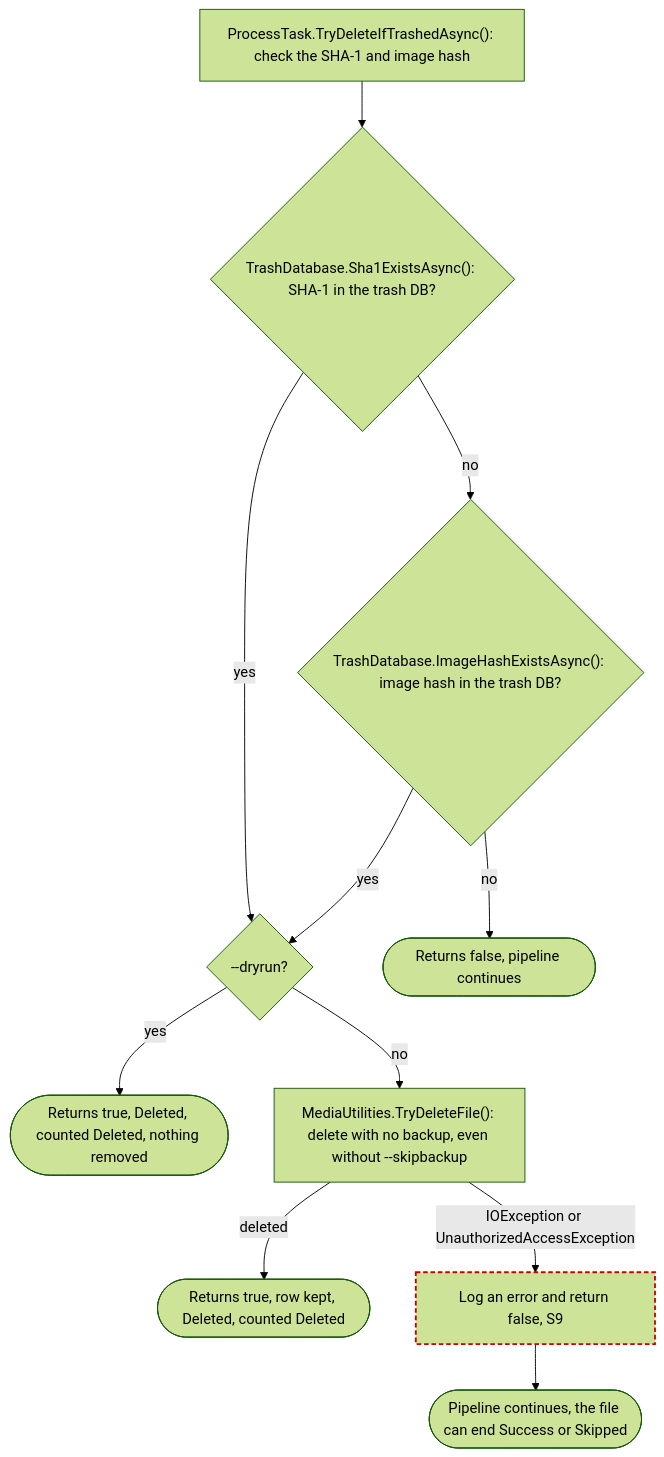
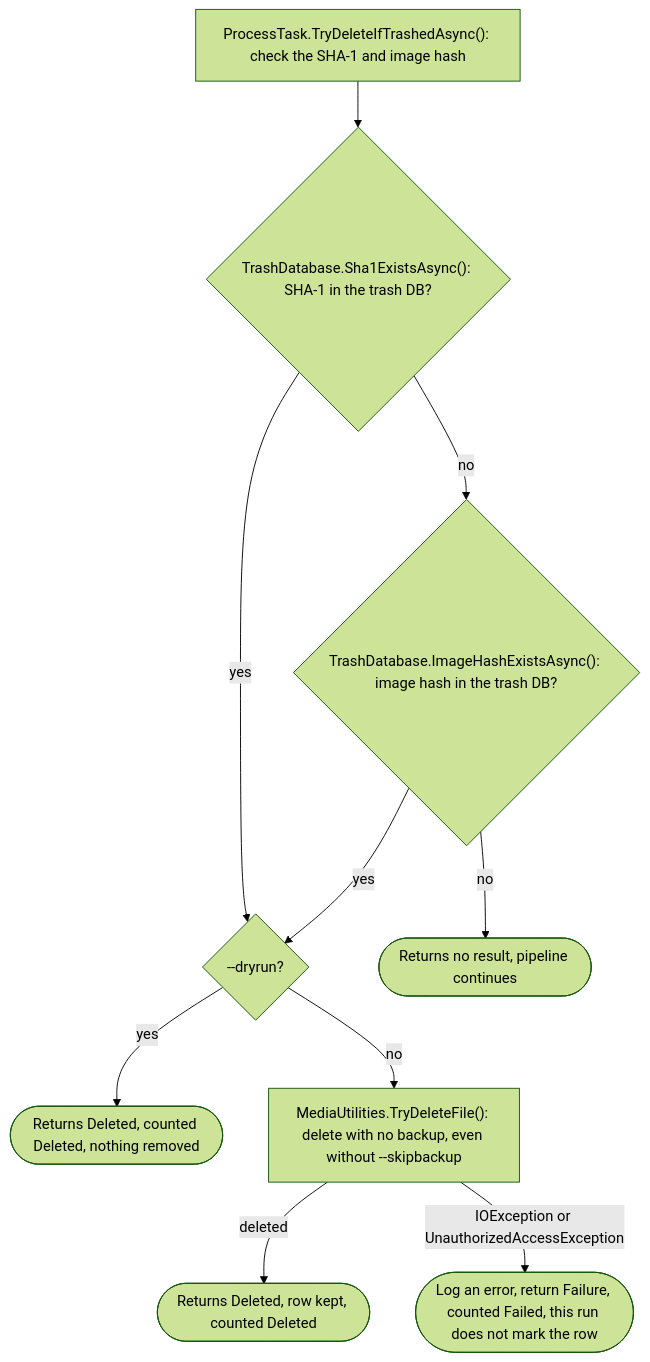
One commit to ptr727/PhotoCleaner changed the fifth of 23 diagrams in ARCHITECTURE.md. Above: the diagram before and after it, drawn with Mermaid (forest theme). The commit also changed other lines of this file and 3 other files, not shown here.

First line of the commit message:
End a Dry Run Case Conflict, Count Dry Run Changes, and Fail an Undeletable Trashed File (#342)

````diff
--- a/ARCHITECTURE.md
+++ b/ARCHITECTURE.md
@@ -357,24 +360,23 @@
 ```mermaid
 flowchart TD
   start["ProcessTask.TryDeleteIfTrashedAsync(): check the SHA-1 and image hash"]
   sha{"TrashDatabase.Sha1ExistsAsync(): SHA-1 in the trash DB?"}
   img{"TrashDatabase.ImageHashExistsAsync(): image hash in the trash DB?"}
-  keep(["Returns false, pipeline continues"])
+  keep(["Returns no result, pipeline continues"])
   dry{"--dryrun?"}
-  dryDel(["Returns true, Deleted, counted Deleted, nothing removed"])
+  dryDel(["Returns Deleted, counted Deleted, nothing removed"])
   del["MediaUtilities.TryDeleteFile(): delete with no backup, even without --skipbackup"]
-  delOk(["Returns true, row kept, Deleted, counted Deleted"])
-  delFail["Log an error and return false, S9"]:::suspect
-  cont(["Pipeline continues, the file can end Success or Skipped"])
+  delOk(["Returns Deleted, row kept, counted Deleted"])
+  delFail(["Log an error, return Failure, counted Failed, this run does not mark the row"])
 
   start --> sha
   sha -->|"yes"| dry
   sha -->|"no"| img
   img -->|"yes"| dry
   img -->|"no"| keep
   dry -->|"yes"| dryDel
   dry -->|"no"| del
   del -->|"deleted"| delOk
-  del -->|"IOException or UnauthorizedAccessException"| delFail --> cont
+  del -->|"IOException or UnauthorizedAccessException"| delFail
   classDef suspect stroke:#c00,stroke-width:2px,stroke-dasharray:5 3
 ```
````
